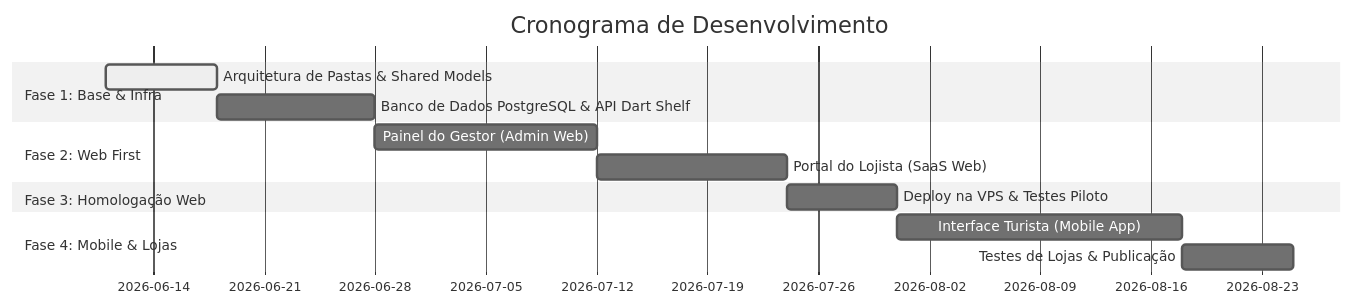
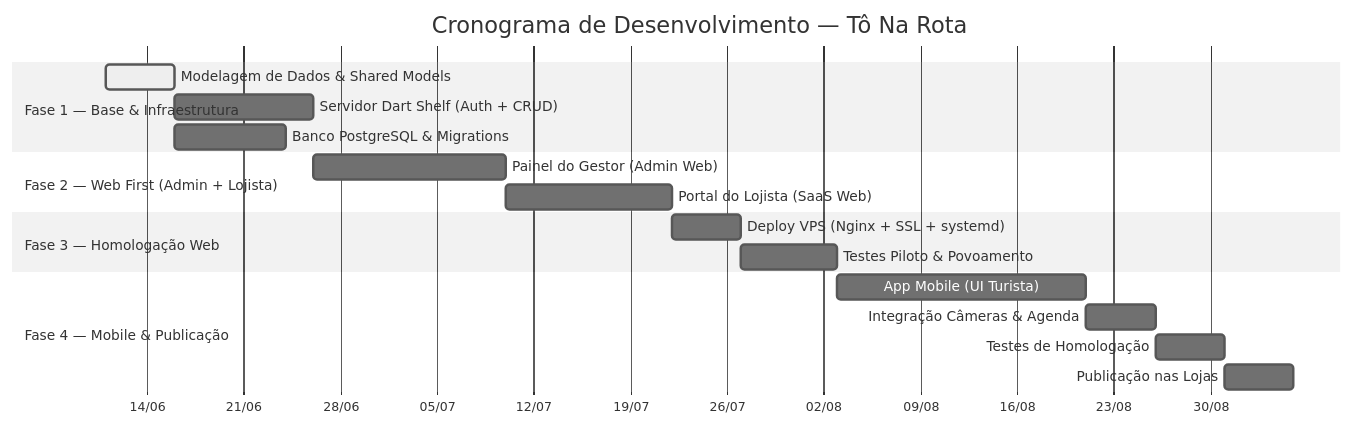
Before and after one commit to edercachoeira/tonarota-2026: the third of 3 diagrams in docs/PRD.md, drawn with Mermaid (neutral theme). The commit also changed other lines of this file and 2 other files, not shown here.

Commit message:
docs: corrigir nome do produto para 'Tô Na Rota' (sem 2026)

````diff
--- a/docs/PRD.md
+++ b/docs/PRD.md
@@ -81,16 +419,25 @@
 ```mermaid
 gantt
-    title Cronograma de Desenvolvimento
+    title Cronograma de Desenvolvimento — Tô Na Rota
     dateFormat  YYYY-MM-DD
-    section Fase 1: Base & Infra
-    Arquitetura de Pastas & Shared Models     :active, a1, 2026-06-11, 7d
-    Banco de Dados PostgreSQL & API Dart Shelf: a2, after a1, 10d
-    section Fase 2: Web First
-    Painel do Gestor (Admin Web)              : a3, after a2, 14d
-    Portal do Lojista (SaaS Web)             : a4, after a3, 12d
-    section Fase 3: Homologação Web
-    Deploy na VPS & Testes Piloto             : a5, after a4, 7d
-    section Fase 4: Mobile & Lojas
-    Interface Turista (Mobile App)            : a6, after a5, 18d
-    Testes de Lojas & Publicação              : a7, after a6, 7d
+    axisFormat  %d/%m
+
+    section Fase 1 — Base & Infraestrutura
+    Modelagem de Dados & Shared Models       :active, f1a, 2026-06-11, 5d
+    Servidor Dart Shelf (Auth + CRUD)        :f1b, after f1a, 10d
+    Banco PostgreSQL & Migrations            :f1c, after f1a, 8d
+
+    section Fase 2 — Web First (Admin + Lojista)
+    Painel do Gestor (Admin Web)             :f2a, after f1b, 14d
+    Portal do Lojista (SaaS Web)             :f2b, after f2a, 12d
+
+    section Fase 3 — Homologação Web
+    Deploy VPS (Nginx + SSL + systemd)       :f3a, after f2b, 5d
+    Testes Piloto & Povoamento               :f3b, after f3a, 7d
+
+    section Fase 4 — Mobile & Publicação
+    App Mobile (UI Turista)                  :f4a, after f3b, 18d
+    Integração Câmeras & Agenda              :f4b, after f4a, 5d
+    Testes de Homologação                    :f4c, after f4b, 5d
+    Publicação nas Lojas                     :f4d, after f4c, 5d
 ```
````
